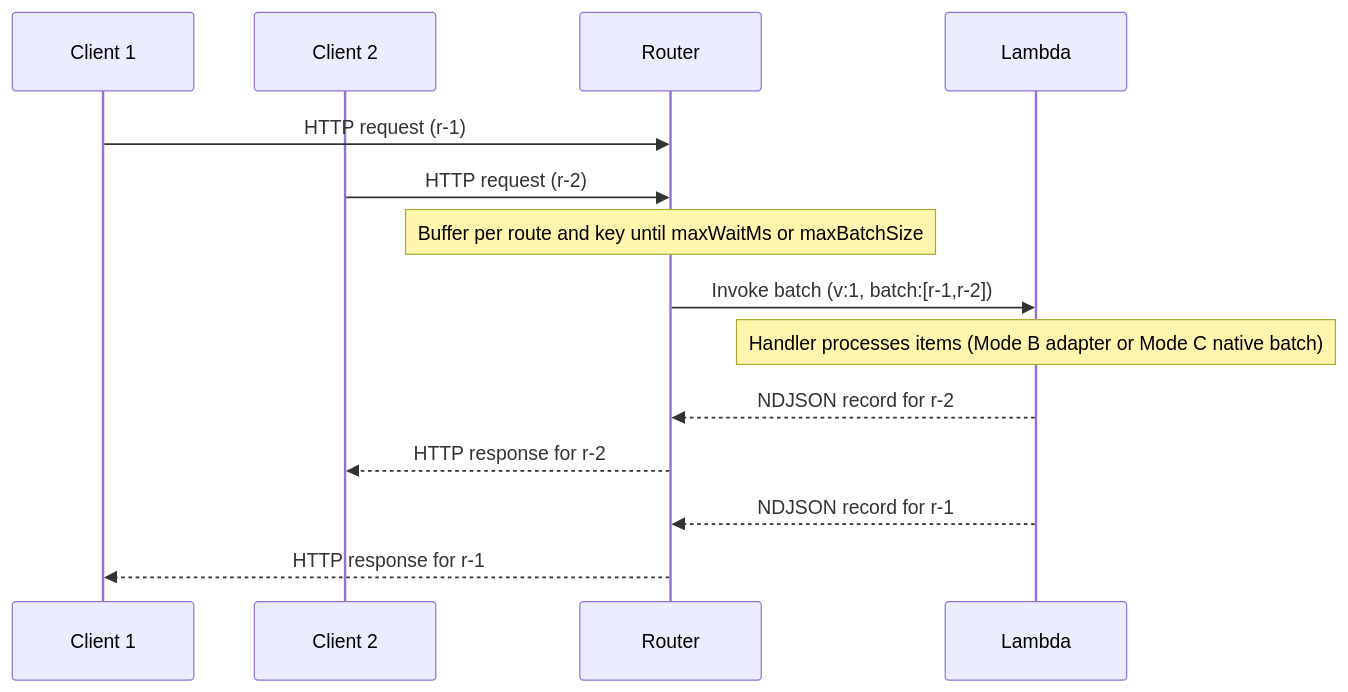
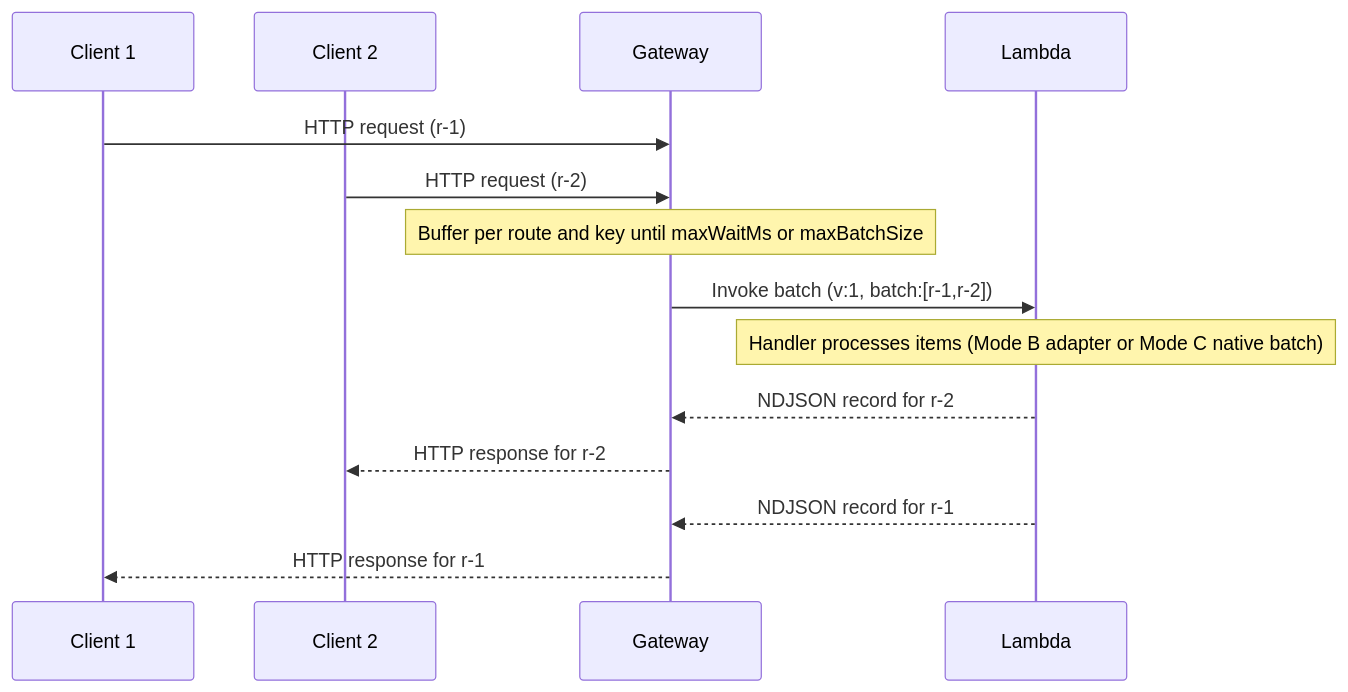
The diagram in docs/architecture.md (alessandrobologna/lambda-parallel-router), drawn with Mermaid before and after one commit. The commit also changed other lines of this file and 60 other files, not shown here.

````diff
--- a/docs/architecture.md
+++ b/docs/architecture.md
@@ -19,18 +19,18 @@
 ```mermaid
 %%{init: {"htmlLabels": true, "sequence": {"diagramMarginX": 130, "diagramMarginY": 30, "bottomMarginAdj": 130}}}%%
 sequenceDiagram
   participant C1 as Client 1
   participant C2 as Client 2
-  participant R as Router
+  participant R as Gateway
   participant L as Lambda
 
   C1->>R: HTTP request (r-1)
   C2->>R: HTTP request (r-2)
   Note over R: Buffer per route and key until maxWaitMs or maxBatchSize
   R->>L: Invoke batch (v:1, batch:[r-1,r-2])
   Note over L: Handler processes items (Mode B adapter or Mode C native batch)
   L-->>R: NDJSON record for r-2
   R-->>C2: HTTP response for r-2
   L-->>R: NDJSON record for r-1
   R-->>C1: HTTP response for r-1
 ```
````
